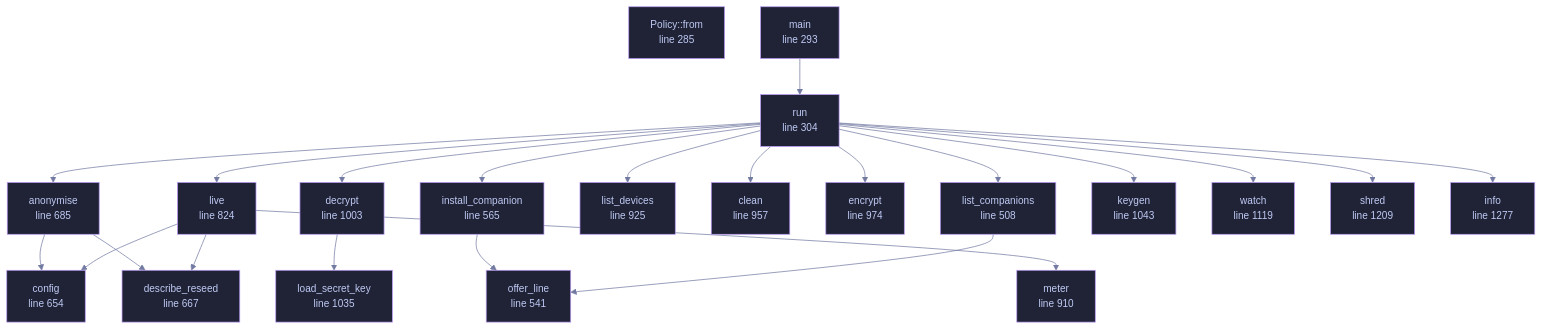
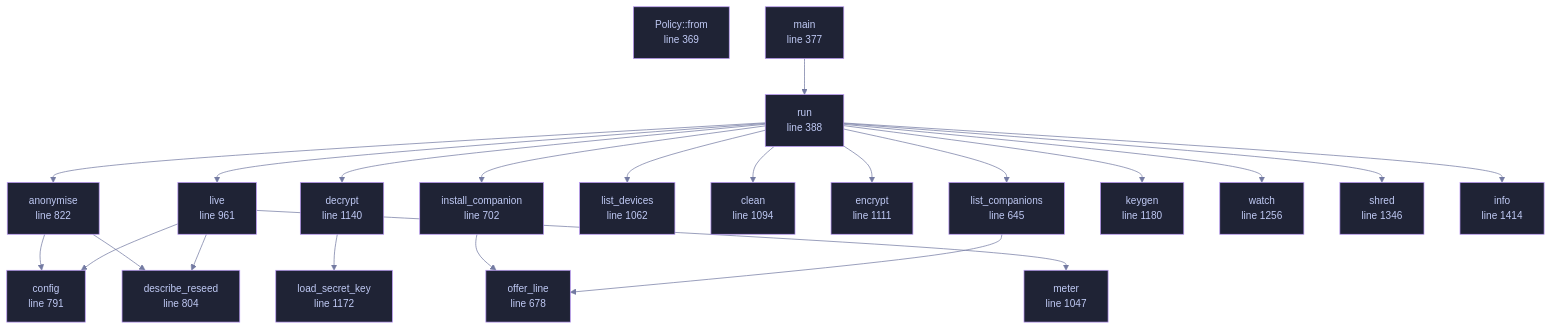
The diagram in docs/files/veilvoice-cli/main.md (tilas01/veilvoice), drawn with Mermaid before and after one commit. The commit also changed other lines of this file and 48 other files, not shown here.

````diff
--- a/docs/files/veilvoice-cli/main.md
+++ b/docs/files/veilvoice-cli/main.md
@@ -101,67 +103,67 @@
 ```mermaid
 %%{init: {"theme":"base","themeVariables":{"background":"#1a1b26","primaryColor":"#1f2335","primaryTextColor":"#c0caf5","primaryBorderColor":"#7aa2f7","secondaryColor":"#16161e","tertiaryColor":"#16161e","lineColor":"#737aa2","textColor":"#c0caf5","mainBkg":"#1f2335","nodeBorder":"#7aa2f7","clusterBkg":"#16161e","clusterBorder":"#2f3549","fontFamily":"ui-monospace, SFMono-Regular, Consolas, monospace","fontSize":"14px"}}}%%
 flowchart TD
-    n_from["Policy::from<br/>line 285"]
-    n_main["main<br/>line 293"]
-    n_run["run<br/>line 304"]
-    n_list_companions["list_companions<br/>line 508"]
-    n_offer_line["offer_line<br/>line 541"]
-    n_install_companion["install_companion<br/>line 565"]
-    n_config["config<br/>line 654"]
-    n_describe_reseed["describe_reseed<br/>line 667"]
-    n_anonymise["anonymise<br/>line 685"]
-    n_live["live<br/>line 824"]
-    n_meter["meter<br/>line 910"]
-    n_list_devices["list_devices<br/>line 925"]
-    n_clean["clean<br/>line 957"]
-    n_encrypt["encrypt<br/>line 974"]
-    n_decrypt["decrypt<br/>line 1003"]
-    n_load_secret_key["load_secret_key<br/>line 1035"]
-    n_keygen["keygen<br/>line 1043"]
-    n_watch["watch<br/>line 1119"]
-    n_shred["shred<br/>line 1209"]
-    n_info["info<br/>line 1277"]
+    n_from["Policy::from<br/>line 369"]
+    n_main["main<br/>line 377"]
+    n_run["run<br/>line 388"]
+    n_list_companions["list_companions<br/>line 645"]
+    n_offer_line["offer_line<br/>line 678"]
+    n_install_companion["install_companion<br/>line 702"]
+    n_config["config<br/>line 791"]
+    n_describe_reseed["describe_reseed<br/>line 804"]
+    n_anonymise["anonymise<br/>line 822"]
+    n_live["live<br/>line 961"]
+    n_meter["meter<br/>line 1047"]
+    n_list_devices["list_devices<br/>line 1062"]
+    n_clean["clean<br/>line 1094"]
+    n_encrypt["encrypt<br/>line 1111"]
+    n_decrypt["decrypt<br/>line 1140"]
+    n_load_secret_key["load_secret_key<br/>line 1172"]
+    n_keygen["keygen<br/>line 1180"]
+    n_watch["watch<br/>line 1256"]
+    n_shred["shred<br/>line 1346"]
+    n_info["info<br/>line 1414"]
     n_anonymise --> n_config
     n_anonymise --> n_describe_reseed
     n_decrypt --> n_load_secret_key
     n_install_companion --> n_offer_line
     n_list_companions --> n_offer_line
     n_live --> n_config
     n_live --> n_describe_reseed
     n_live --> n_meter
     n_main --> n_run
     n_run --> n_anonymise
     n_run --> n_clean
     n_run --> n_decrypt
     n_run --> n_encrypt
     n_run --> n_info
     n_run --> n_install_companion
     n_run --> n_keygen
     n_run --> n_list_companions
     n_run --> n_list_devices
     n_run --> n_live
     n_run --> n_shred
     n_run --> n_watch
-    click n_from href "https://github.com/tilas01/veilvoice/blob/main/crates/veilvoice-cli/src/main.rs#L285" "open the source"
-    click n_main href "https://github.com/tilas01/veilvoice/blob/main/crates/veilvoice-cli/src/main.rs#L293" "open the source"
-    click n_run href "https://github.com/tilas01/veilvoice/blob/main/crates/veilvoice-cli/src/main.rs#L304" "open the source"
-    click n_list_companions href "https://github.com/tilas01/veilvoice/blob/main/crates/veilvoice-cli/src/main.rs#L508" "open the source"
-    click n_offer_line href "https://github.com/tilas01/veilvoice/blob/main/crates/veilvoice-cli/src/main.rs#L541" "open the source"
-    click n_install_companion href "https://github.com/tilas01/veilvoice/blob/main/crates/veilvoice-cli/src/main.rs#L565" "open the source"
-    click n_config href "https://github.com/tilas01/veilvoice/blob/main/crates/veilvoice-cli/src/main.rs#L654" "open the source"
-    click n_describe_reseed href "https://github.com/tilas01/veilvoice/blob/main/crates/veilvoice-cli/src/main.rs#L667" "open the source"
-    click n_anonymise href "https://github.com/tilas01/veilvoice/blob/main/crates/veilvoice-cli/src/main.rs#L685" "open the source"
-    click n_live href "https://github.com/tilas01/veilvoice/blob/main/crates/veilvoice-cli/src/main.rs#L824" "open the source"
-    click n_meter href "https://github.com/tilas01/veilvoice/blob/main/crates/veilvoice-cli/src/main.rs#L910" "open the source"
-    click n_list_devices href "https://github.com/tilas01/veilvoice/blob/main/crates/veilvoice-cli/src/main.rs#L925" "open the source"
-    click n_clean href "https://github.com/tilas01/veilvoice/blob/main/crates/veilvoice-cli/src/main.rs#L957" "open the source"
-    click n_encrypt href "https://github.com/tilas01/veilvoice/blob/main/crates/veilvoice-cli/src/main.rs#L974" "open the source"
-    click n_decrypt href "https://github.com/tilas01/veilvoice/blob/main/crates/veilvoice-cli/src/main.rs#L1003" "open the source"
-    click n_load_secret_key href "https://github.com/tilas01/veilvoice/blob/main/crates/veilvoice-cli/src/main.rs#L1035" "open the source"
-    click n_keygen href "https://github.com/tilas01/veilvoice/blob/main/crates/veilvoice-cli/src/main.rs#L1043" "open the source"
-    click n_watch href "https://github.com/tilas01/veilvoice/blob/main/crates/veilvoice-cli/src/main.rs#L1119" "open the source"
-    click n_shred href "https://github.com/tilas01/veilvoice/blob/main/crates/veilvoice-cli/src/main.rs#L1209" "open the source"
-    click n_info href "https://github.com/tilas01/veilvoice/blob/main/crates/veilvoice-cli/src/main.rs#L1277" "open the source"
+    click n_from href "https://github.com/tilas01/veilvoice/blob/main/crates/veilvoice-cli/src/main.rs#L369" "open the source"
+    click n_main href "https://github.com/tilas01/veilvoice/blob/main/crates/veilvoice-cli/src/main.rs#L377" "open the source"
+    click n_run href "https://github.com/tilas01/veilvoice/blob/main/crates/veilvoice-cli/src/main.rs#L388" "open the source"
+    click n_list_companions href "https://github.com/tilas01/veilvoice/blob/main/crates/veilvoice-cli/src/main.rs#L645" "open the source"
+    click n_offer_line href "https://github.com/tilas01/veilvoice/blob/main/crates/veilvoice-cli/src/main.rs#L678" "open the source"
+    click n_install_companion href "https://github.com/tilas01/veilvoice/blob/main/crates/veilvoice-cli/src/main.rs#L702" "open the source"
+    click n_config href "https://github.com/tilas01/veilvoice/blob/main/crates/veilvoice-cli/src/main.rs#L791" "open the source"
+    click n_describe_reseed href "https://github.com/tilas01/veilvoice/blob/main/crates/veilvoice-cli/src/main.rs#L804" "open the source"
+    click n_anonymise href "https://github.com/tilas01/veilvoice/blob/main/crates/veilvoice-cli/src/main.rs#L822" "open the source"
+    click n_live href "https://github.com/tilas01/veilvoice/blob/main/crates/veilvoice-cli/src/main.rs#L961" "open the source"
+    click n_meter href "https://github.com/tilas01/veilvoice/blob/main/crates/veilvoice-cli/src/main.rs#L1047" "open the source"
+    click n_list_devices href "https://github.com/tilas01/veilvoice/blob/main/crates/veilvoice-cli/src/main.rs#L1062" "open the source"
+    click n_clean href "https://github.com/tilas01/veilvoice/blob/main/crates/veilvoice-cli/src/main.rs#L1094" "open the source"
+    click n_encrypt href "https://github.com/tilas01/veilvoice/blob/main/crates/veilvoice-cli/src/main.rs#L1111" "open the source"
+    click n_decrypt href "https://github.com/tilas01/veilvoice/blob/main/crates/veilvoice-cli/src/main.rs#L1140" "open the source"
+    click n_load_secret_key href "https://github.com/tilas01/veilvoice/blob/main/crates/veilvoice-cli/src/main.rs#L1172" "open the source"
+    click n_keygen href "https://github.com/tilas01/veilvoice/blob/main/crates/veilvoice-cli/src/main.rs#L1180" "open the source"
+    click n_watch href "https://github.com/tilas01/veilvoice/blob/main/crates/veilvoice-cli/src/main.rs#L1256" "open the source"
+    click n_shred href "https://github.com/tilas01/veilvoice/blob/main/crates/veilvoice-cli/src/main.rs#L1346" "open the source"
+    click n_info href "https://github.com/tilas01/veilvoice/blob/main/crates/veilvoice-cli/src/main.rs#L1414" "open the source"
     classDef helper fill:#1f2335,stroke:#bb9af7,color:#c0caf5
     class n_from,n_main,n_run,n_list_companions,n_offer_line,n_install_companion,n_config,n_describe_reseed,n_anonymise,n_live,n_meter,n_list_devices,n_clean,n_encrypt,n_decrypt,n_load_secret_key,n_keygen,n_watch,n_shred,n_info helper
 ```
````
